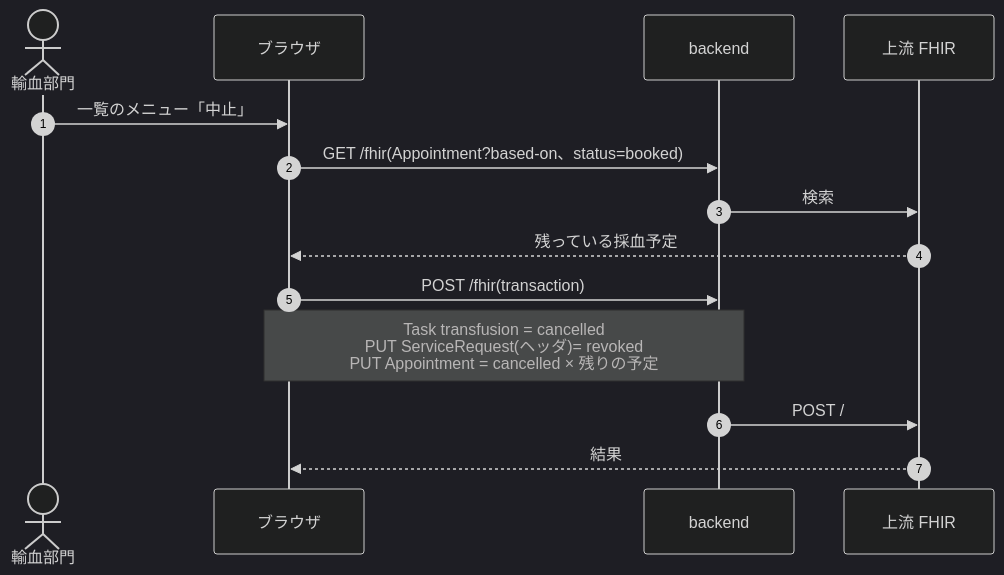
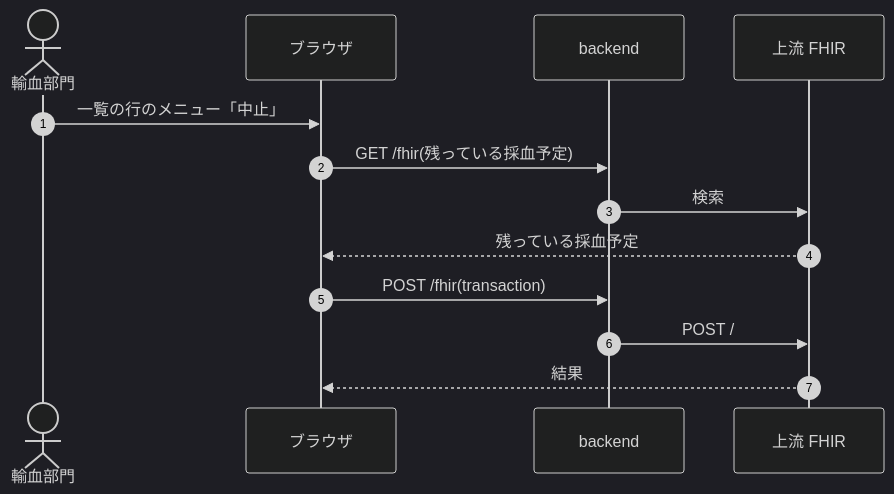
Before and after one commit to ysnr-dev/fhir-client-docs: diagram 11 of 11 in docs/dev/transfusion.md, drawn with Mermaid (dark theme). The commit also changed other lines of this file and 43 other files, not shown here.

Commit message:
docs: 業務フローとシーケンス図を写し直し

````diff
--- a/docs/dev/transfusion.md
+++ b/docs/dev/transfusion.md
@@ -242,17 +454,16 @@
 ```mermaid
 sequenceDiagram
   autonumber
   actor Tech as 輸血部門
   participant UI as ブラウザ
   participant BE as backend
   participant FHIR as 上流 FHIR
 
-  Tech->>UI: 一覧のメニュー「中止」
-  UI->>BE: GET /fhir(Appointment?based-on、status=booked)
+  Tech->>UI: 一覧の行のメニュー「中止」
+  UI->>BE: GET /fhir(残っている採血予定)
   BE->>FHIR: 検索
   FHIR-->>UI: 残っている採血予定
   UI->>BE: POST /fhir(transaction)
-  Note over UI,BE: Task transfusion = cancelled<br/>PUT ServiceRequest(ヘッダ)= revoked<br/>PUT Appointment = cancelled × 残りの予定
   BE->>FHIR: POST /
   FHIR-->>UI: 結果
 ```
````
